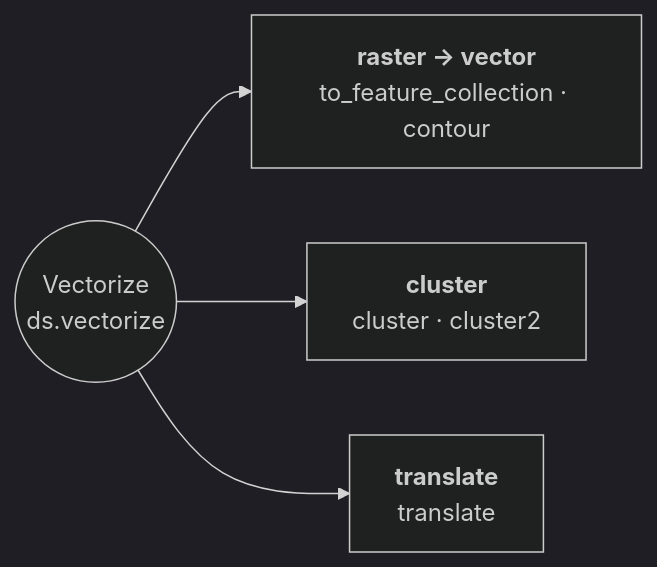
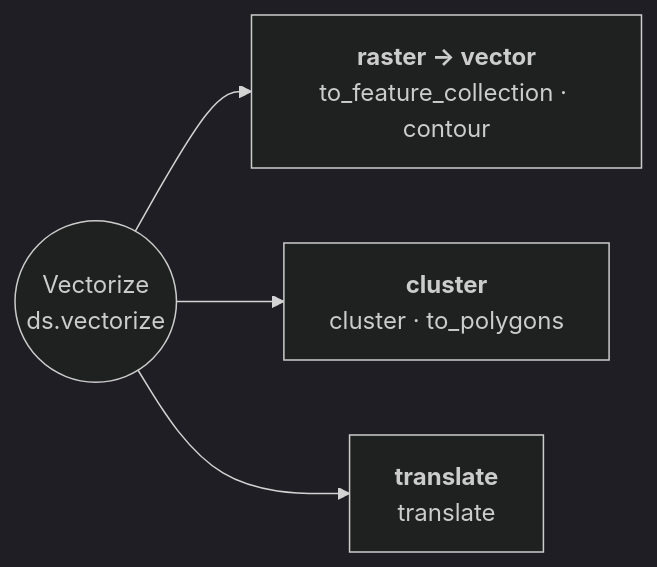
One commit to serapeum-org/pyramids changed the diagram in docs/reference/dataset/vectorize.md. Above: the diagram before and after it, drawn with Mermaid (dark theme). The commit also changed 11 other files, not shown here.

````diff
--- a/docs/reference/dataset/vectorize.md
+++ b/docs/reference/dataset/vectorize.md
@@ -5,7 +5,7 @@
 ```mermaid
 flowchart LR
     VE(("Vectorize<br/>ds.vectorize"))
     VE --> TV["<b>raster → vector</b><br/>to_feature_collection · contour"]
-    VE --> CL["<b>cluster</b><br/>cluster · cluster2"]
+    VE --> CL["<b>cluster</b><br/>cluster · to_polygons"]
     VE --> TR["<b>translate</b><br/>translate"]
 ```
````
